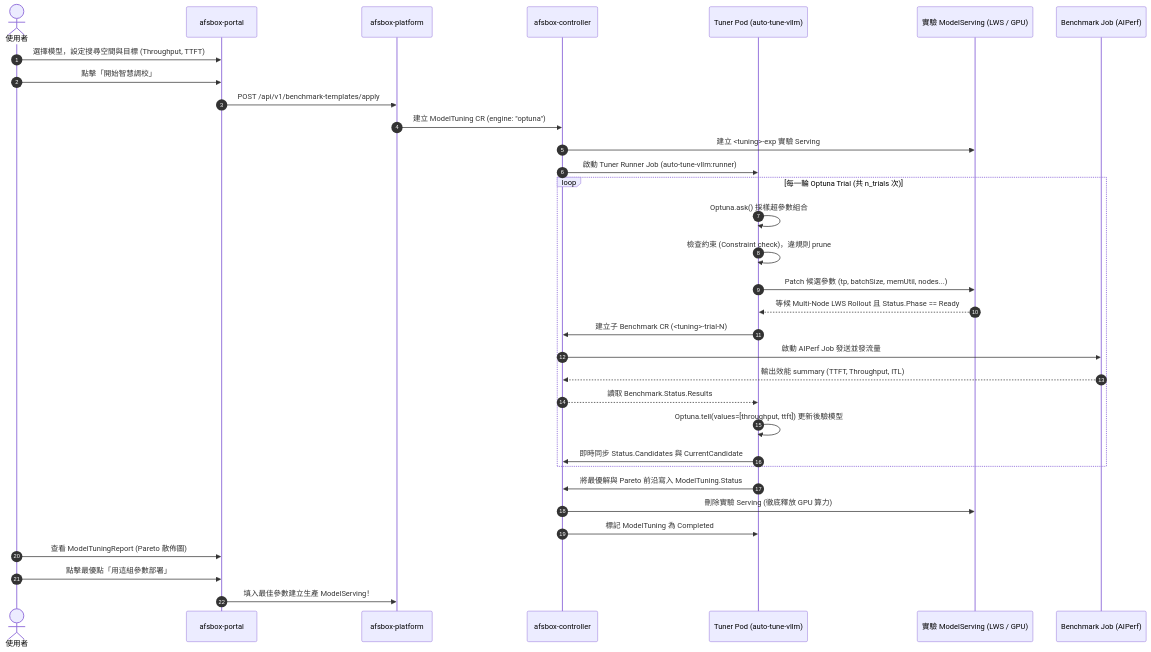
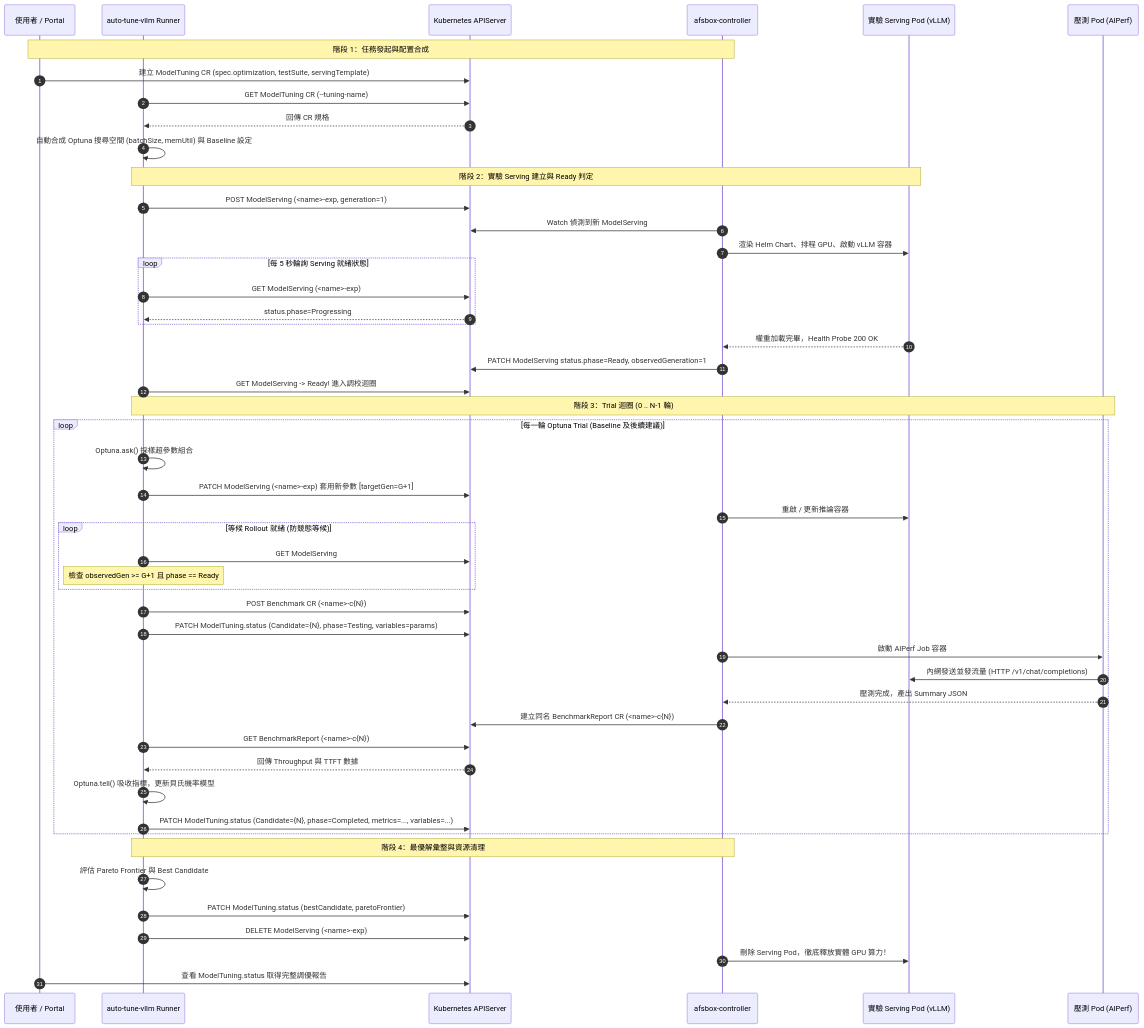
The second of 3 diagrams in docs/afsbox_integration.md (keyword1983/auto-tuning-vllm), drawn with Mermaid before and after one commit. The commit also changed other lines of this file, not shown here.

Commit message:
docs(diagrams): add AFSBox backend architecture, lifecycle sequence, and dual-mode topology diagrams

````diff
--- a/docs/afsbox_integration.md
+++ b/docs/afsbox_integration.md
@@ -52,38 +97,56 @@
 ```mermaid
 sequenceDiagram
     autonumber
-    actor User as 使用者
-    participant Portal as afsbox-portal
-    participant Platform as afsbox-platform
-    participant Controller as afsbox-controller
-    participant Tuner as Tuner Pod (auto-tune-vllm)
-    participant Serving as 實驗 ModelServing (LWS / GPU)
-    participant Bench as Benchmark Job (AIPerf)
+    participant User as 使用者 / Portal
+    participant Runner as auto-tune-vllm Runner
+    participant K8s as Kubernetes APIServer
+    participant Ctrl as afsbox-controller
+    participant Serving as 實驗 Serving Pod (vLLM)
+    participant Bench as 壓測 Pod (AIPerf)
 
-    User->>Portal: 選擇模型，設定搜尋空間與目標 (Throughput, TTFT)
-    User->>Portal: 點擊「開始智慧調校」
-    Portal->>Platform: POST /api/v1/benchmark-templates/apply
-    Platform->>Controller: 建立 ModelTuning CR (engine: "optuna")
-    Controller->>Serving: 建立 <tuning>-exp 實驗 Serving
-    Controller->>Tuner: 啟動 Tuner Runner Job (auto-tune-vllm:runner)
-    
-    loop 每一輪 Optuna Trial (共 n_trials 次)
-        Tuner->>Tuner: Optuna.ask() 採樣超參數組合
-        Tuner->>Tuner: 檢查約束 (Constraint check)，違規則 prune
-        Tuner->>Serving: Patch 候選參數 (tp, batchSize, memUtil, nodes...)
-        Serving-->>Tuner: 等候 Multi-Node LWS Rollout 且 Status.Phase == Ready
-        Tuner->>Controller: 建立子 Benchmark CR (<tuning>-trial-N)
-        Controller->>Bench: 啟動 AIPerf Job 發送並發流量
-        Bench-->>Controller: 輸出效能 summary (TTFT, Throughput, ITL)
-        Controller-->>Tuner: 讀取 Benchmark.Status.Results
-        Tuner->>Tuner: Optuna.tell(values=[throughput, ttft]) 更新後驗模型
-        Tuner->>Controller: 即時同步 Status.Candidates 與 CurrentCandidate
+    Note over User, Ctrl: 階段 1：任務發起與配置合成
+    User->>K8s: 建立 ModelTuning CR (spec.optimization, testSuite, servingTemplate)
+    Runner->>K8s: GET ModelTuning CR (--tuning-name)
+    K8s-->>Runner: 回傳 CR 規格
+    Runner->>Runner: 自動合成 Optuna 搜尋空間 (batchSize, memUtil) 與 Baseline 設定
+
+    Note over Runner, Serving: 階段 2：實驗 Serving 建立與 Ready 判定
+    Runner->>K8s: POST ModelServing (<name>-exp, generation=1)
+    Ctrl->>K8s: Watch 偵測到新 ModelServing
+    Ctrl->>Serving: 渲染 Helm Chart、排程 GPU、啟動 vLLM 容器
+    loop 每 5 秒輪詢 Serving 就緒狀態
+        Runner->>K8s: GET ModelServing (<name>-exp)
+        K8s-->>Runner: status.phase=Progressing
+    end
+    Serving-->>Ctrl: 權重加載完畢，Health Probe 200 OK
+    Ctrl->>K8s: PATCH ModelServing status.phase=Ready, observedGeneration=1
+    Runner->>K8s: GET ModelServing -> Ready! 進入調校迴圈
+
+    Note over Runner, Bench: 階段 3：Trial 迴圈 (0 .. N-1 輪)
+    loop 每一輪 Optuna Trial (Baseline 及後續建議)
+        Runner->>Runner: Optuna.ask() 採樣超參數組合
+        Runner->>K8s: PATCH ModelServing (<name>-exp) 套用新參數 [targetGen=G+1]
+        Ctrl->>Serving: 重啟 / 更新推論容器
+        loop 等候 Rollout 就緒 (防競態等候)
+            Runner->>K8s: GET ModelServing
+            Note over Runner: 檢查 observedGen >= G+1 且 phase == Ready
+        end
+        Runner->>K8s: POST Benchmark CR (<name>-c{N})
+        Runner->>K8s: PATCH ModelTuning.status (Candidate={N}, phase=Testing, variables=params)
+        Ctrl->>Bench: 啟動 AIPerf Job 容器
+        Bench->>Serving: 內網發送並發流量 (HTTP /v1/chat/completions)
+        Bench-->>Ctrl: 壓測完成，產出 Summary JSON
+        Ctrl->>K8s: 建立同名 BenchmarkReport CR (<name>-c{N})
+        Runner->>K8s: GET BenchmarkReport (<name>-c{N})
+        K8s-->>Runner: 回傳 Throughput 與 TTFT 數據
+        Runner->>Runner: Optuna.tell() 吸收指標，更新貝氏機率模型
+        Runner->>K8s: PATCH ModelTuning.status (Candidate={N}, phase=Completed, metrics=..., variables=...)
     end
 
-    Tuner->>Controller: 將最優解與 Pareto 前沿寫入 ModelTuning.Status
-    Controller->>Serving: 刪除實驗 Serving (徹底釋放 GPU 算力)
-    Controller->>Tuner: 標記 ModelTuning 為 Completed
-    User->>Portal: 查看 ModelTuningReport (Pareto 散佈圖)
-    User->>Portal: 點擊最優點「用這組參數部署」
-    Portal->>Platform: 填入最佳參數建立生產 ModelServing！
+    Note over Runner, Ctrl: 階段 4：最優解彙整與資源清理
+    Runner->>Runner: 評估 Pareto Frontier 與 Best Candidate
+    Runner->>K8s: PATCH ModelTuning.status (bestCandidate, paretoFrontier)
+    Runner->>K8s: DELETE ModelServing (<name>-exp)
+    Ctrl->>Serving: 刪除 Serving Pod，徹底釋放實體 GPU 算力！
+    User->>K8s: 查看 ModelTuning.status 取得完整調優報告
 ```
````
